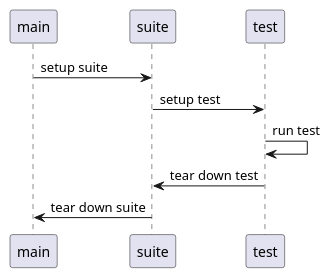
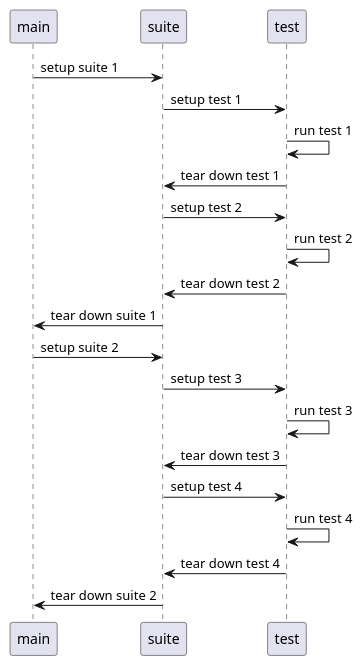
The diagram in doc/plantuml/diagrams/testSetupTeardownSequenz.puml (OlafFilies/magnetic-3d-sensor-tlx493d), drawn with PlantUML before and after one commit. The commit also changed 23 other files, not shown here.

```diff
--- a/doc/plantuml/diagrams/testSetupTeardownSequenz.puml
+++ b/doc/plantuml/diagrams/testSetupTeardownSequenz.puml
@@ -1,7 +1,18 @@
 @startuml
-main  -> suite : setup suite
-suite -> test  : setup test
-test  -> test  : run test
-test  -> suite : tear down test
-suite -> main  : tear down suite
+main  -> suite : setup suite 1
+suite -> test  : setup test 1
+test  -> test  : run test 1
+test  -> suite : tear down test 1
+suite -> test  : setup test 2
+test  -> test  : run test 2
+test  -> suite : tear down test 2
+suite -> main  : tear down suite 1
+main  -> suite : setup suite 2
+suite -> test  : setup test 3
+test  -> test  : run test 3
+test  -> suite : tear down test 3
+suite -> test  : setup test 4
+test  -> test  : run test 4
+test  -> suite : tear down test 4
+suite -> main  : tear down suite 2
 @enduml
```
